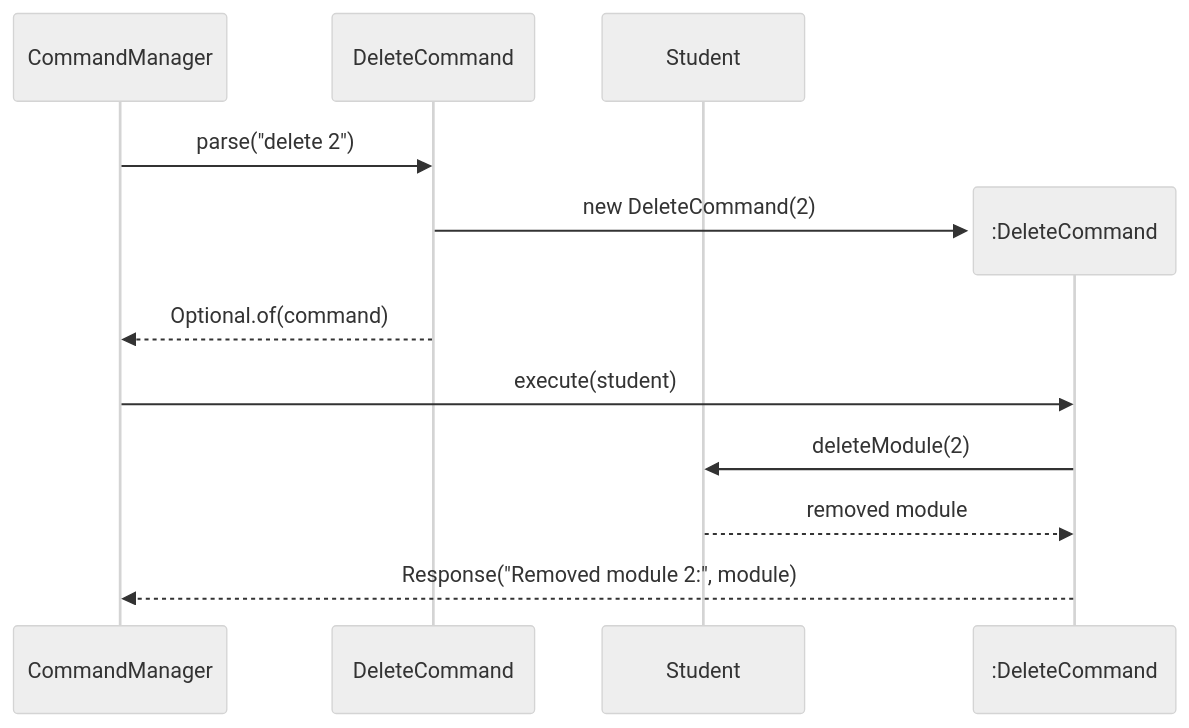
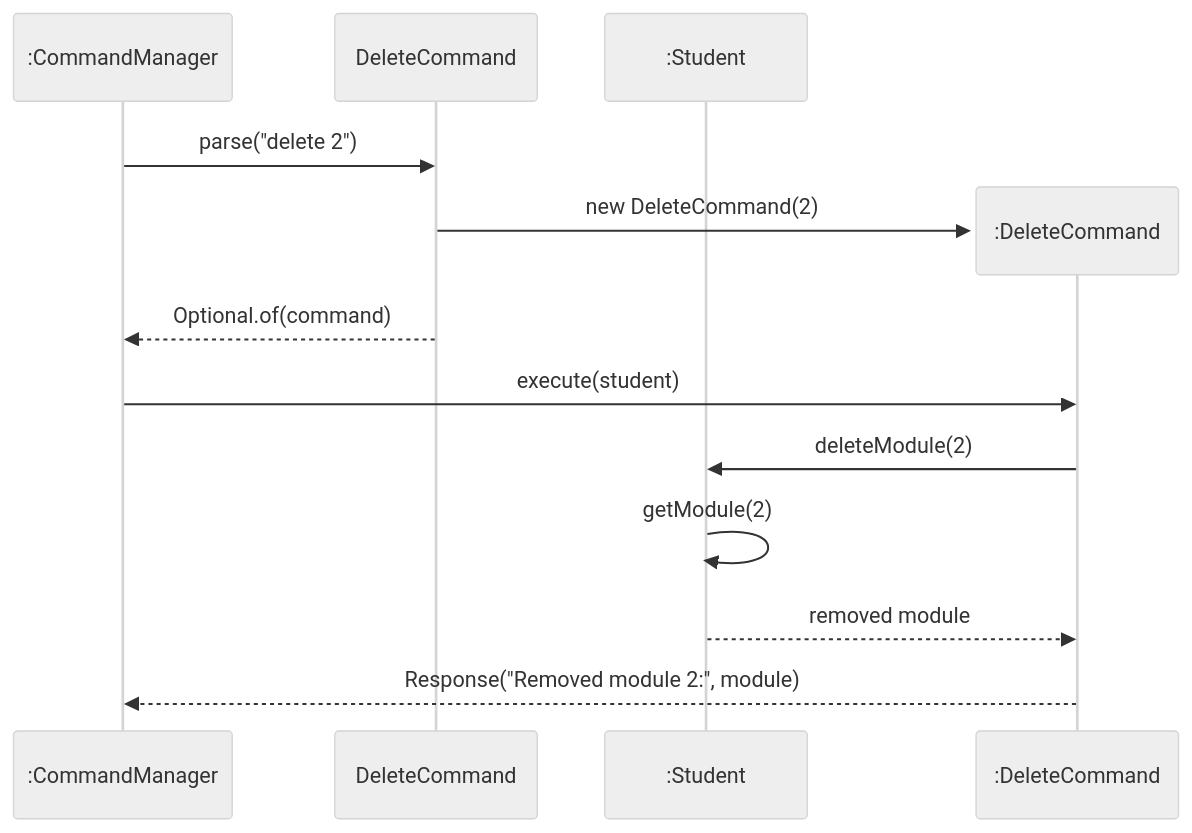
Before and after one commit to AY2627S1-CS2113-T11-2/tp: the third of 10 diagrams in docs/DeveloperGuide.md, drawn with Mermaid (neutral theme). The commit also changed other lines of this file, not shown here.

Commit message:
Fix diagram notation and layout in the Developer Guide

````diff
--- a/docs/DeveloperGuide.md
+++ b/docs/DeveloperGuide.md
@@ -178,16 +178,17 @@
 ```mermaid
 sequenceDiagram
-    participant CM as CommandManager
-    participant DC as DeleteCommand
-    participant S as Student
+  participant CM as :CommandManager
+  participant DC as DeleteCommand
+  participant S as :Student
 
-    CM->>DC: parse("delete 2")
-    create participant D as :DeleteCommand
-    DC->>D: new DeleteCommand(2)
-    DC-->>CM: Optional.of(command)
+  CM->>DC: parse("delete 2")
+  create participant D as :DeleteCommand
+  DC->>D: new DeleteCommand(2)
+  DC-->>CM: Optional.of(command)
 
-    CM->>D: execute(student)
-    D->>S: deleteModule(2)
-    S-->>D: removed module
-    D-->>CM: Response("Removed module 2:", module)
+  CM->>D: execute(student)
+  D->>S: deleteModule(2)
+  S->>S: getModule(2)
+  S-->>D: removed module
+  D-->>CM: Response("Removed module 2:", module)
 ```
````
